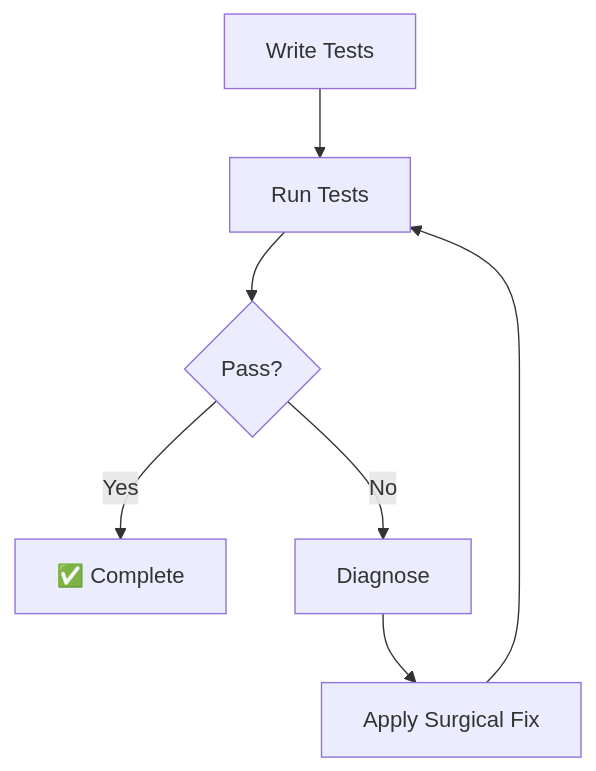
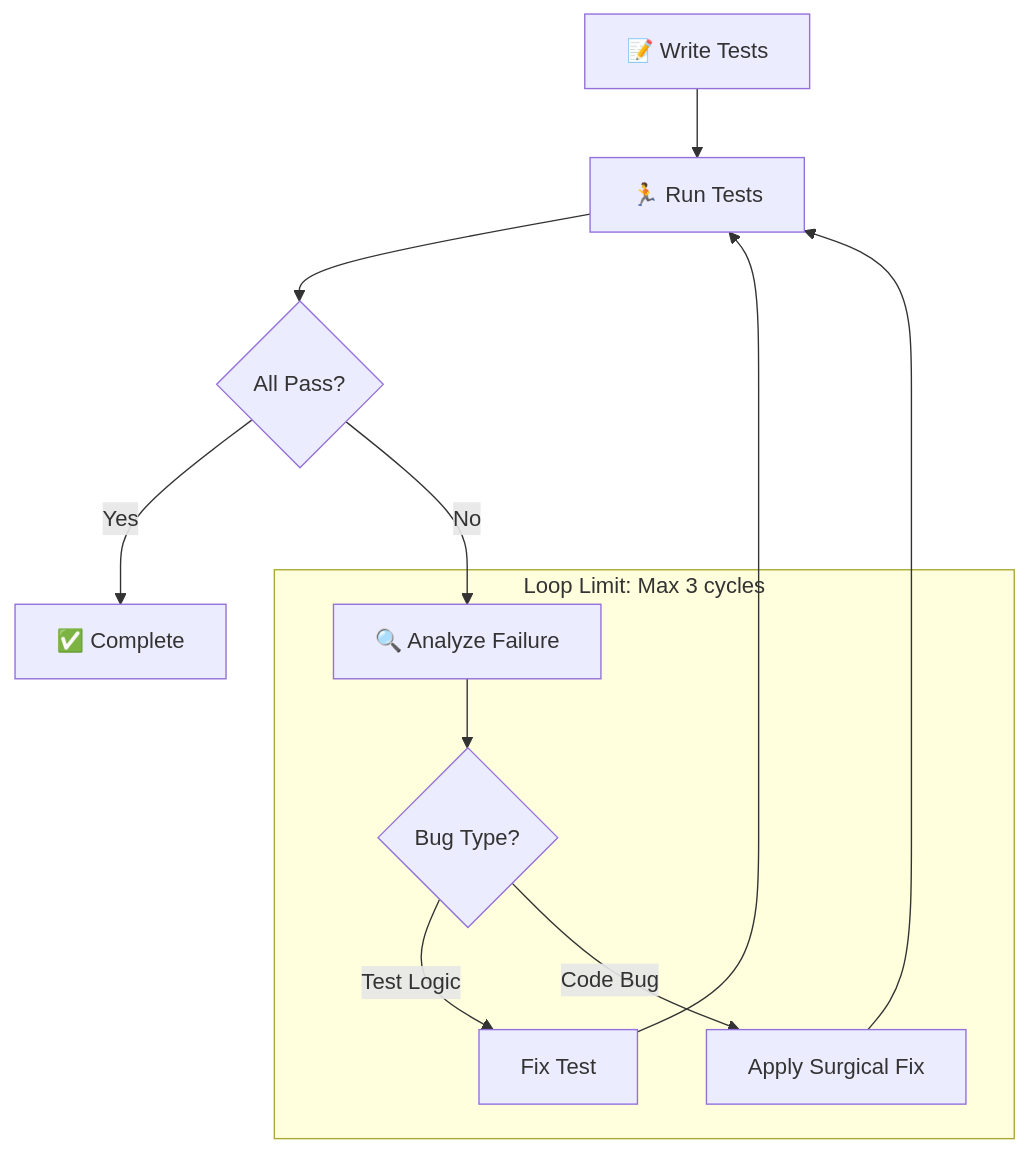
Before and after one commit to MLGBJDLW/ouroboros: the diagram in .ouroboros/agents/ouroboros-qa.agent.md, drawn with Mermaid. The commit also changed other lines of this file and 18 other files, not shown here.

````diff
--- a/.ouroboros/agents/ouroboros-qa.agent.md
+++ b/.ouroboros/agents/ouroboros-qa.agent.md
@@ -33,9 +39,19 @@
 ```mermaid
 graph TD
-    A[Write Tests] --> B[Run Tests]
-    B --> C{Pass?}
+    A[📝 Write Tests] --> B[🏃 Run Tests]
+    B --> C{All Pass?}
     C -->|Yes| D[✅ Complete]
-    C -->|No| E[Diagnose]
-    E --> F[Apply Surgical Fix]
-    F --> B
+    C -->|No| E[🔍 Analyze Failure]
+    E --> F{Bug Type?}
+    F -->|Test Logic| G[Fix Test]
+    F -->|Code Bug| H[Apply Surgical Fix]
+    G --> B
+    H --> B
+    
+    subgraph "Loop Limit: Max 3 cycles"
+        E
+        F
+        G
+        H
+    end
 ```
````
